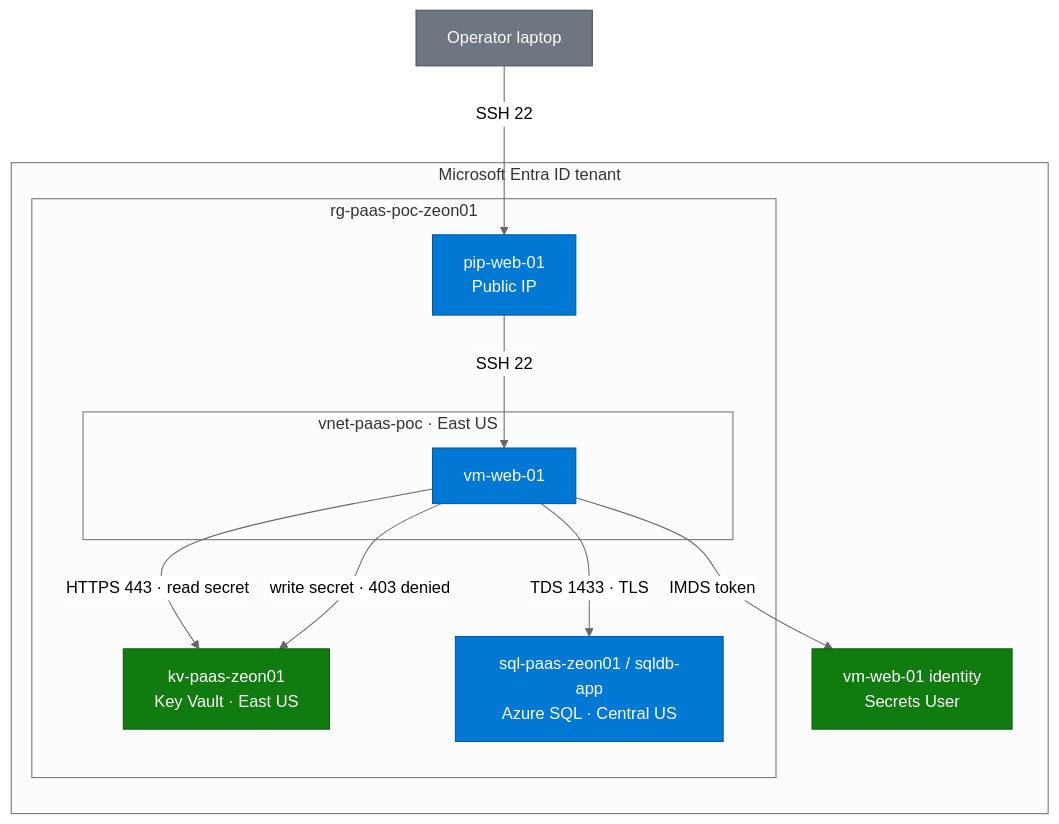
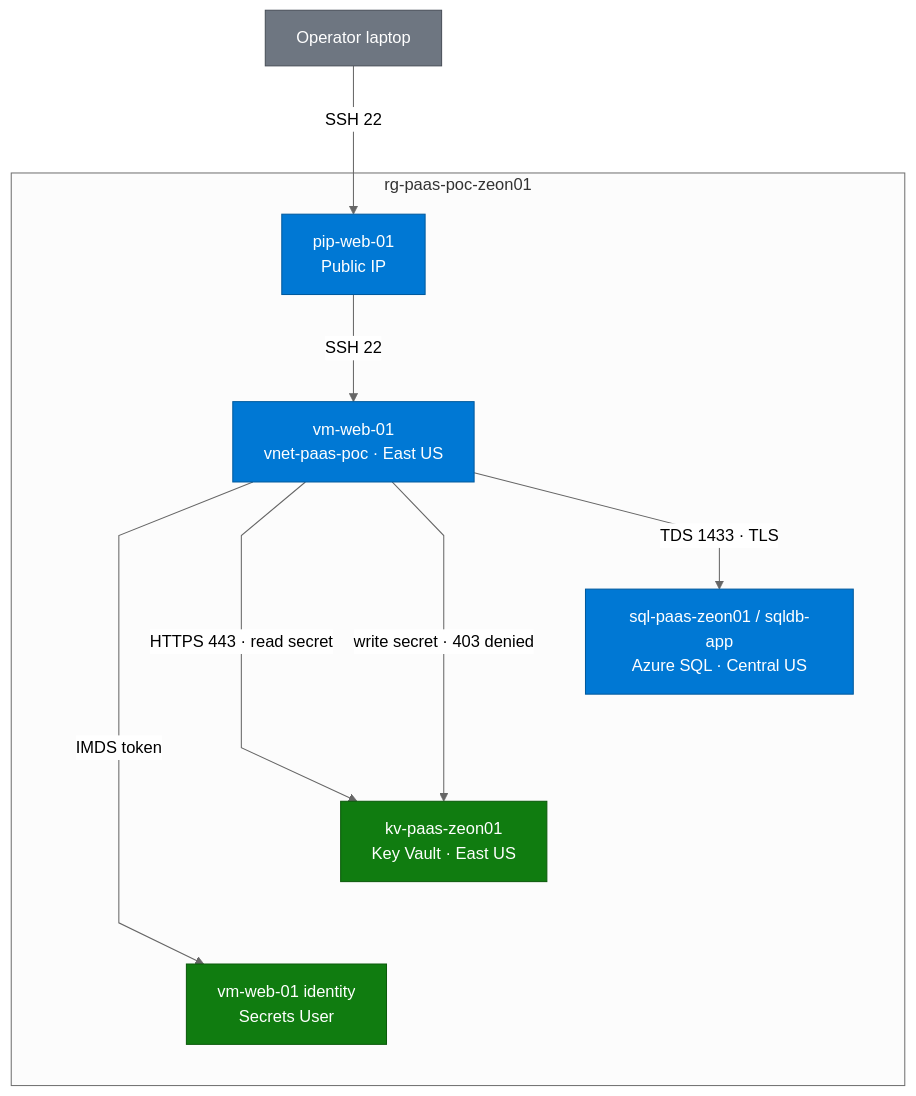
One commit to zsociety47/azure-sql-keyvault-poc changed the diagram in README.md. Above: the diagram before and after it, drawn with Mermaid (neutral theme). The commit also changed other lines of this file, not shown here.

Commit message:
Flatten the architecture diagram so arrows meet a single row of resources.

````diff
--- a/README.md
+++ b/README.md
@@ -344,32 +344,31 @@
 ```mermaid
-%%{init: {"flowchart": {"useMaxWidth": false, "nodeSpacing": 50, "rankSpacing": 70}}}%%
+%%{init: {"flowchart": {"useMaxWidth": false, "nodeSpacing": 80, "rankSpacing": 80, "curve": "linear"}}}%%
 flowchart TD
     operator["Operator laptop"]
 
-    subgraph tenant["Microsoft Entra ID tenant"]
-        subgraph rg["rg-paas-poc-zeon01"]
-            pip["pip-web-01<br/>Public IP"]
-            subgraph vnet["vnet-paas-poc · East US"]
-                vmweb["vm-web-01"]
-            end
-            kv["kv-paas-zeon01<br/>Key Vault · East US"]
-            sqldb["sql-paas-zeon01 / sqldb-app<br/>Azure SQL · Central US"]
-        end
+    subgraph rg["rg-paas-poc-zeon01"]
+        pip["pip-web-01<br/>Public IP"]
+        vmweb["vm-web-01<br/>vnet-paas-poc · East US"]
+        sqldb["sql-paas-zeon01 / sqldb-app<br/>Azure SQL · Central US"]
+        kv["kv-paas-zeon01<br/>Key Vault · East US"]
         ident["vm-web-01 identity<br/>Secrets User"]
     end
 
     operator -- "SSH 22" --> pip
     pip -- "SSH 22" --> vmweb
-    vmweb -- "IMDS token" --> ident
+    vmweb -- "TDS 1433 · TLS" --> sqldb
     vmweb -- "HTTPS 443 · read secret" --> kv
     vmweb -- "write secret · 403 denied" --> kv
-    vmweb -- "TDS 1433 · TLS" --> sqldb
+    vmweb -- "IMDS token" --> ident
+
+    sqldb ~~~ kv
+    kv ~~~ ident
 
     classDef azure fill:#0078d4,stroke:#005a9e,color:#fff
     classDef external fill:#6e7681,stroke:#484f58,color:#fff
     classDef identity fill:#107c10,stroke:#0b5a0b,color:#fff
 
     class pip,vmweb,sqldb azure
     class operator external
     class ident,kv identity
 ```
````
